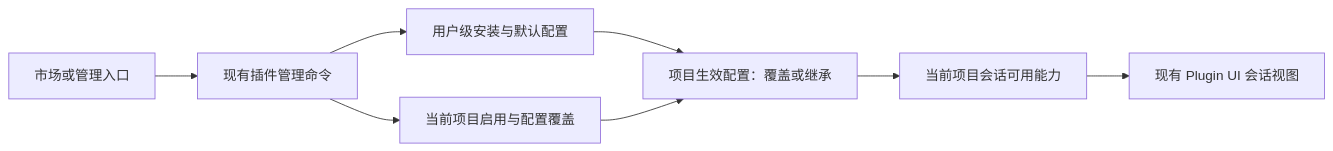
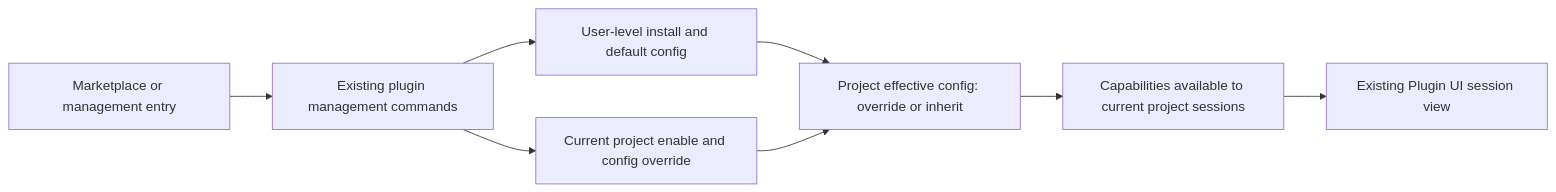
One commit to osben/ZCode changed the third of 5 diagrams in docs/plugins/plugin-market-interactions-scope.md. Above: the diagram before and after it, drawn with Mermaid. The commit also changed other lines of this file and 18 other files, not shown here.

````diff
--- a/docs/plugins/plugin-market-interactions-scope.md
+++ b/docs/plugins/plugin-market-interactions-scope.md
@@ -108,10 +141,10 @@
 ```mermaid
 flowchart LR
-  A[市场或管理入口] --> B[现有插件管理命令]
-  B --> C[用户级安装与默认配置]
-  B --> P[当前项目启用与配置覆盖]
-  C --> D[项目生效配置：覆盖或继承]
+  A[Marketplace or management entry] --> B[Existing plugin management commands]
+  B --> C[User-level install and default config]
+  B --> P[Current project enable and config override]
+  C --> D[Project effective config: override or inherit]
   P --> D
-  D --> E[当前项目会话可用能力]
-  E --> F[现有 Plugin UI 会话视图]
+  D --> E[Capabilities available to current project sessions]
+  E --> F[Existing Plugin UI session view]
 ```
````
